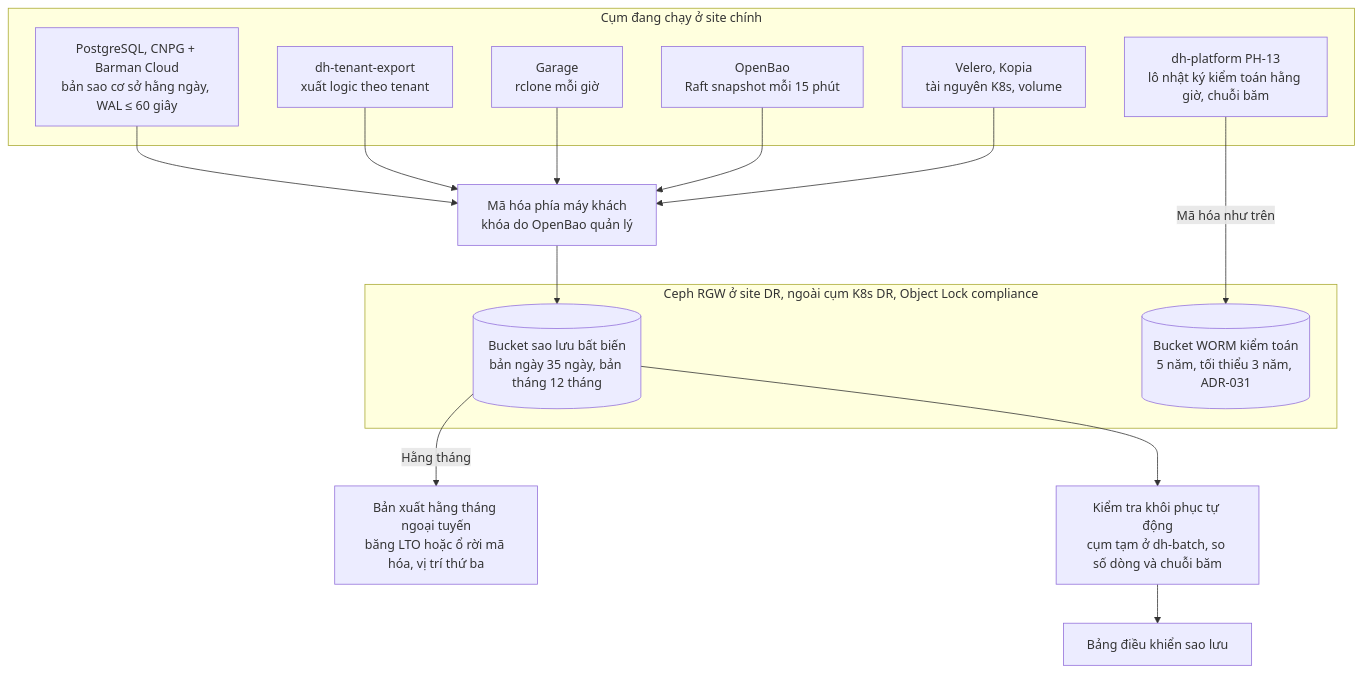
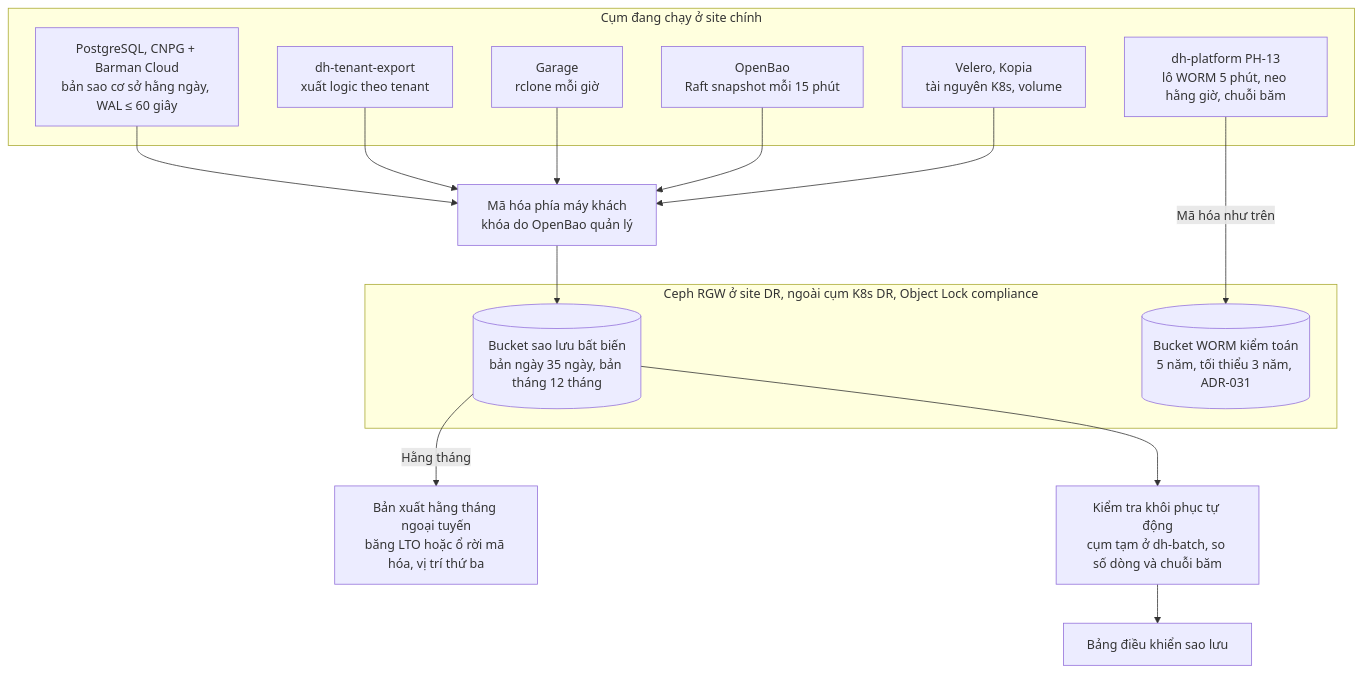
One commit to caprocute/DATAHUB changed the seventh of 9 diagrams in datahub-docs/03-thiet-ke/ha-tang/D03-09-ha-tang-trien-khai-dr.md. Above: the diagram before and after it, drawn with Mermaid. The commit also changed other lines of this file and 22 other files, not shown here.

````diff
--- a/datahub-docs/03-thiet-ke/ha-tang/D03-09-ha-tang-trien-khai-dr.md
+++ b/datahub-docs/03-thiet-ke/ha-tang/D03-09-ha-tang-trien-khai-dr.md
@@ -1139,28 +1238,28 @@
 ```{.mermaid caption="Luồng sao lưu từ cụm sang kho Ceph RGW Object Lock compliance và kho WORM"}
 flowchart TB
   subgraph RUN["Cụm đang chạy ở site chính"]
     PG["PostgreSQL, CNPG + Barman Cloud<br/>bản sao cơ sở hằng ngày, WAL ≤ 60 giây"]
     EXP["dh-tenant-export<br/>xuất logic theo tenant"]
     GAR["Garage<br/>rclone mỗi giờ"]
     BAO["OpenBao<br/>Raft snapshot mỗi 15 phút"]
     VEL["Velero, Kopia<br/>tài nguyên K8s, volume"]
-    AUD["dh-platform PH-13<br/>lô nhật ký kiểm toán hằng giờ, chuỗi băm"]
+    AUD["dh-platform PH-13<br/>lô WORM 5 phút, neo hằng giờ, chuỗi băm"]
   end
   ENC["Mã hóa phía máy khách<br/>khóa do OpenBao quản lý"]
   subgraph RGW["Ceph RGW ở site DR, ngoài cụm K8s DR, Object Lock compliance"]
     BK[("Bucket sao lưu bất biến<br/>bản ngày 35 ngày, bản tháng 12 tháng")]
     WORM[("Bucket WORM kiểm toán<br/>5 năm, tối thiểu 3 năm, ADR-031")]
   end
   OFF["Bản xuất hằng tháng ngoại tuyến<br/>băng LTO hoặc ổ rời mã hóa, vị trí thứ ba"]
   VER["Kiểm tra khôi phục tự động<br/>cụm tạm ở dh-batch, so số dòng và chuỗi băm"]
   DASH["Bảng điều khiển sao lưu"]
   PG --> ENC
   EXP --> ENC
   GAR --> ENC
   BAO --> ENC
   VEL --> ENC
   ENC --> BK
   AUD -->|Mã hóa như trên| WORM
   BK -->|Hằng tháng| OFF
   BK --> VER --> DASH
 ```
````
